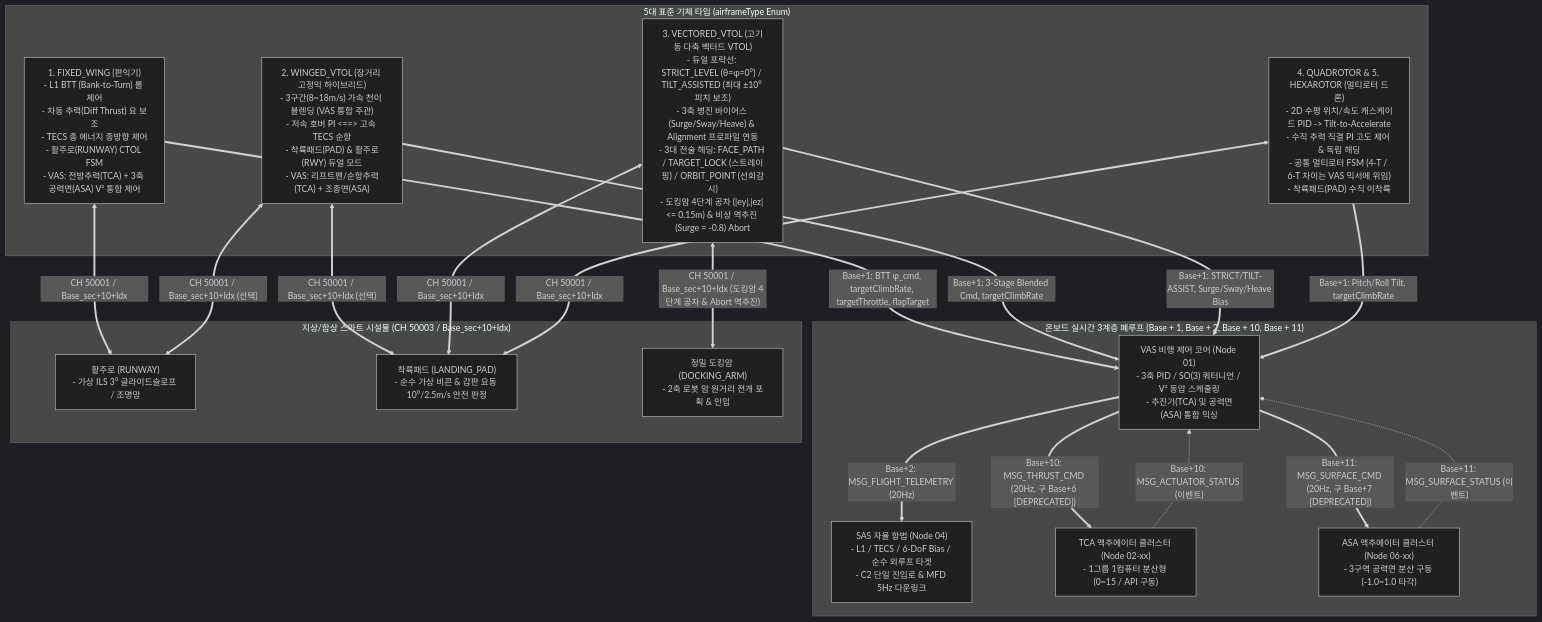
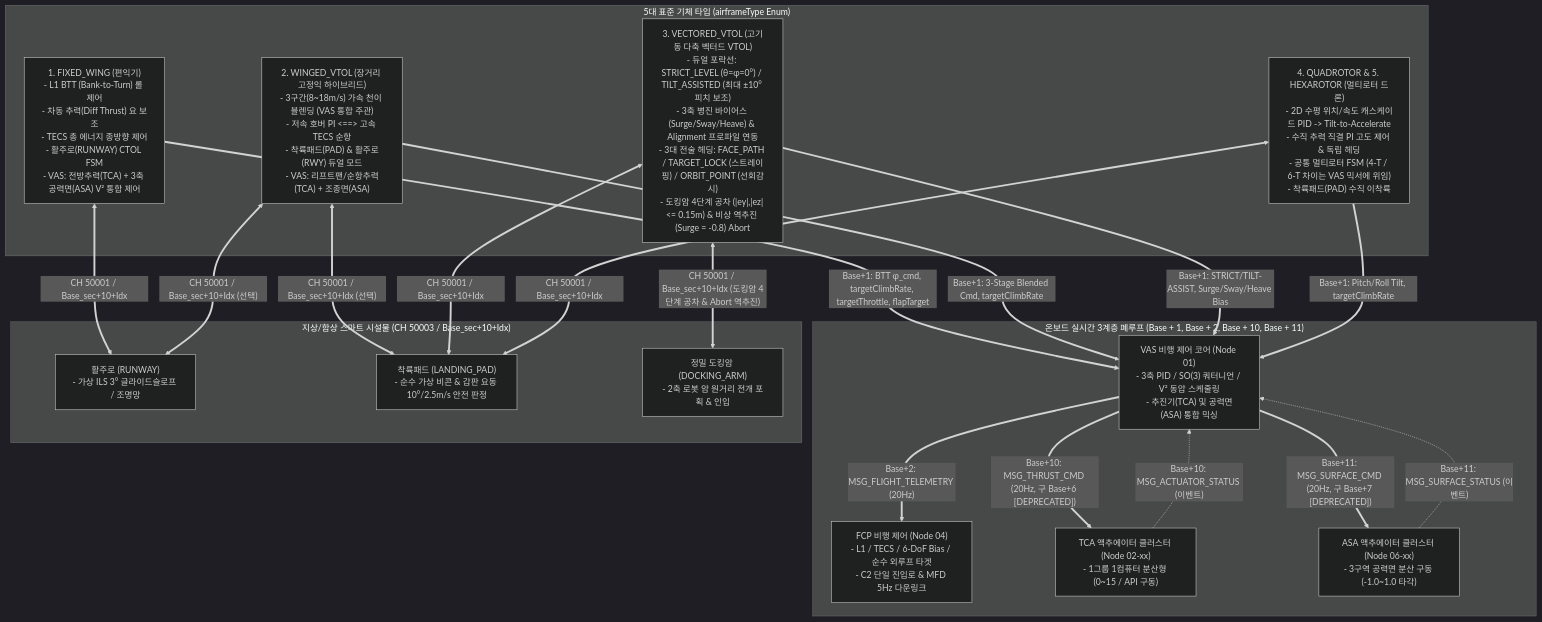
Before and after one commit to Polimachi/Aeroneutics_Autopilot: the second of 9 diagrams in docs/system/SYSTEM_PROGRAM_RELATION_AND_PACKET_DIAGRAM.md, drawn with Mermaid (dark theme). The commit also changed other lines of this file and 90 other files, not shown here.

Commit message:
refactor(system): consolidate 0_infra, migrate SAS to FCP, and adopt single-tier specs

````diff
--- a/docs/system/SYSTEM_PROGRAM_RELATION_AND_PACKET_DIAGRAM.md
+++ b/docs/system/SYSTEM_PROGRAM_RELATION_AND_PACKET_DIAGRAM.md
@@ -166,43 +176,43 @@
 ```mermaid
 flowchart TD
     subgraph KINEMATICS["5대 표준 기체 타입 (airframeType Enum)"]
         FW["1. FIXED_WING (편익기)<br/>- L1 BTT (Bank-to-Turn) 롤 제어<br/>- 차동 추력(Diff Thrust) 요 보조<br/>- TECS 총 에너지 종방향 제어<br/>- 활주로(RUNWAY) CTOL FSM<br/>- VAS: 전방추력(TCA) + 3축 공력면(ASA) V² 통합 제어"]
         
         W_VTOL["2. WINGED_VTOL (장거리 고정익 하이브리드)<br/>- 3구간(8~18m/s) 가속 천이 블렌딩 (VAS 통합 주관)<br/>- 저속 호버 PI <==> 고속 TECS 순항<br/>- 착륙패드(PAD) & 활주로(RWY) 듀얼 모드<br/>- VAS: 리프트팬/순항추력(TCA) + 조종면(ASA)"]
         
         V_VTOL["3. VECTORED_VTOL (고기동 다축 벡터드 VTOL)<br/>- 듀얼 포락선: STRICT_LEVEL (θ=φ=0°) / TILT_ASSISTED (최대 ±10° 피치 보조)<br/>- 3축 병진 바이어스 (Surge/Sway/Heave) & Alignment 프로파일 연동<br/>- 3대 전술 헤딩: FACE_PATH / TARGET_LOCK (스트레이핑) / ORBIT_POINT (선회감시)<br/>- 도킹암 4단계 공차 (|ey|,|ez| <= 0.15m) & 비상 역추진 (Surge = -0.8) Abort"]
         
         DRONES["4. QUADROTOR & 5. HEXAROTOR (멀티로터 드론)<br/>- 2D 수평 위치/속도 캐스케이드 PID -> Tilt-to-Accelerate<br/>- 수직 추력 직결 PI 고도 제어 & 독립 헤딩<br/>- 공통 멀티로터 FSM (4-T / 6-T 차이는 VAS 믹서에 위임)<br/>- 착륙패드(PAD) 수직 이착륙"]
     end
 
     subgraph INNER_LOOP["온보드 실시간 3계층 폐루프 (Base + 1, Base + 2, Base + 10, Base + 11)"]
-        UAP_NODE["SAS 자율 항법 (Node 04)<br/>- L1 / TECS / 6-DoF Bias / 순수 외루프 타겟<br/>- C2 단일 진입로 & MFD 5Hz 다운링크"]
+        UAP_NODE["FCP 비행 제어 (Node 04)<br/>- L1 / TECS / 6-DoF Bias / 순수 외루프 타겟<br/>- C2 단일 진입로 & MFD 5Hz 다운링크"]
         CORE_NODE["VAS 비행 제어 코어 (Node 01)<br/>- 3축 PID / SO(3) 쿼터니언 / V² 동압 스케줄링<br/>- 추진기(TCA) 및 공력면(ASA) 통합 믹싱"]
         TAP_NODE["TCA 액추에이터 클러스터 (Node 02-xx)<br/>- 1그룹 1컴퓨터 분산형 (0~15 / API 구동)"]
         WAP_NODE["ASA 액추에이터 클러스터 (Node 06-xx)<br/>- 3구역 공력면 분산 구동 (-1.0~1.0 타각)"]
     end
 
     subgraph FACILITIES["지상/함상 스마트 시설물 (CH 50003 / Base_sec+10+Idx)"]
         FAC_RWY["활주로 (RUNWAY)<br/>- 가상 ILS 3° 글라이드슬로프 / 조명망"]
         FAC_PAD_NODE["착륙패드 (LANDING_PAD)<br/>- 순수 가상 비콘 & 갑판 요동 10°/2.5m/s 안전 판정"]
         FAC_ARM["정밀 도킹암 (DOCKING_ARM)<br/>- 2축 로봇 암 원거리 전개 포획 & 인입"]
     end
 
     FW ==>|"Base+1: BTT φ_cmd, targetClimbRate, targetThrottle, flapTarget"| CORE_NODE
     W_VTOL ==>|"Base+1: 3-Stage Blended Cmd, targetClimbRate"| CORE_NODE
     V_VTOL ==>|"Base+1: STRICT/TILT-ASSIST, Surge/Sway/Heave Bias"| CORE_NODE
     DRONES ==>|"Base+1: Pitch/Roll Tilt, targetClimbRate"| CORE_NODE
 
     CORE_NODE ==>|"Base+10: MSG_THRUST_CMD (20Hz, 구 Base+6 [DEPRECATED])"| TAP_NODE
     TAP_NODE -.->|"Base+10: MSG_ACTUATOR_STATUS (이벤트)"| CORE_NODE
     CORE_NODE ==>|"Base+11: MSG_SURFACE_CMD (20Hz, 구 Base+7 [DEPRECATED])"| WAP_NODE
     WAP_NODE -.->|"Base+11: MSG_SURFACE_STATUS (이벤트)"| CORE_NODE
     CORE_NODE ==>|"Base+2: MSG_FLIGHT_TELEMETRY (20Hz)"| UAP_NODE
 
     FW <==>|"CH 50001 / Base_sec+10+Idx"| FAC_RWY
     W_VTOL <==>|"CH 50001 / Base_sec+10+Idx (선택)"| FAC_PAD_NODE
     W_VTOL <==>|"CH 50001 / Base_sec+10+Idx (선택)"| FAC_RWY
     V_VTOL <==>|"CH 50001 / Base_sec+10+Idx (도킹암 4단계 공차 & Abort 역추진)"| FAC_ARM
     V_VTOL <==>|"CH 50001 / Base_sec+10+Idx"| FAC_PAD_NODE
     DRONES <==>|"CH 50001 / Base_sec+10+Idx"| FAC_PAD_NODE
 ```
````
